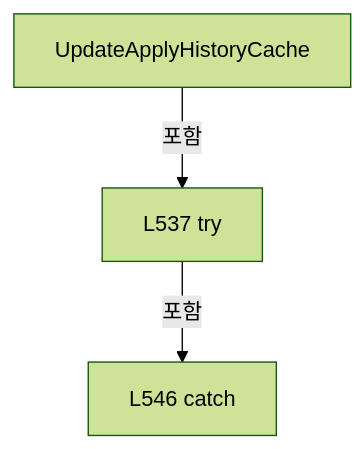
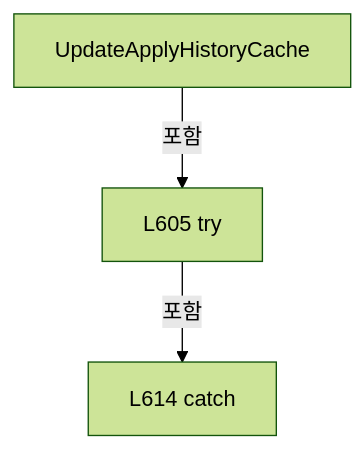
Diagram 13 of 19 in A3 LD Code Ref/files/Drilling.File/ReviewOffset/CReviewOffsetFile.cs.md (kjuws10-rgb/Shared), drawn with Mermaid (forest theme) before and after one commit. The commit also changed other lines of this file and 2071 other files, not shown here.

Commit message:
docs(a3): update 11.19.0 architecture and code reference

````diff
--- a/A3 LD Code Ref/files/Drilling.File/ReviewOffset/CReviewOffsetFile.cs.md
+++ b/A3 LD Code Ref/files/Drilling.File/ReviewOffset/CReviewOffsetFile.cs.md
@@ -1584,8 +1713,8 @@
 ```mermaid
 flowchart TD
  M["UpdateApplyHistoryCache"]
- N0["L537 try"]
+ N0["L605 try"]
  M -->|포함| N0
- N1["L546 catch"]
+ N1["L614 catch"]
  N0 -->|포함| N1
 ```
````
